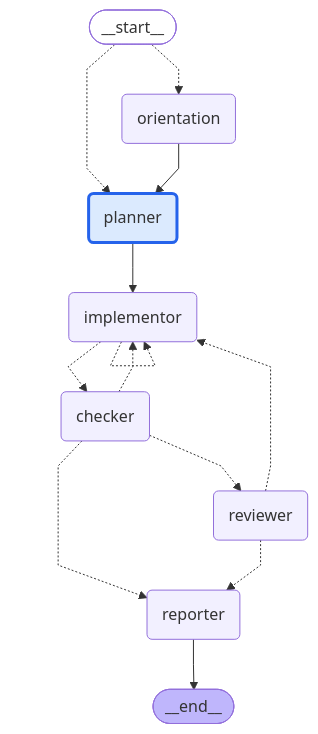
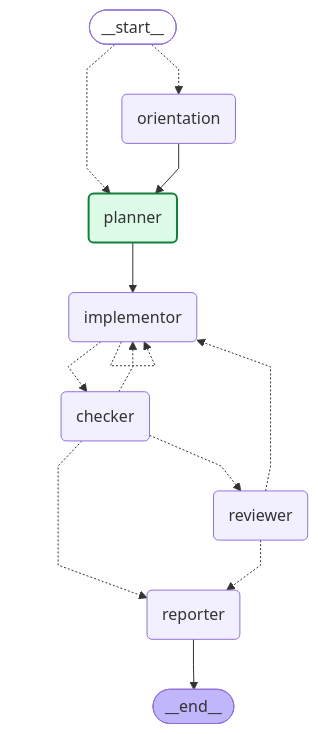
One commit to daniell0gda/hermes-feature-check-dashboard changed the diagram in runs/20260809-093247-e17260/graph.mmd. Above: the diagram before and after it, drawn with Mermaid. The commit also changed 11 other files, not shown here.

```diff
--- a/runs/20260809-093247-e17260/graph.mmd
+++ b/runs/20260809-093247-e17260/graph.mmd
@@ -1,34 +1,34 @@
 ---
 config:
   flowchart:
     curve: linear
 ---
 graph TD;
 	__start__([<p>__start__</p>]):::first
 	orientation(orientation)
 	planner(planner)
 	implementor(implementor)
 	checker(checker)
 	reviewer(reviewer)
 	reporter(reporter)
 	__end__([<p>__end__</p>]):::last
 	__start__ -.-> orientation;
 	__start__ -.-> planner;
 	checker -.-> implementor;
 	checker -.-> reporter;
 	checker -.-> reviewer;
 	implementor -.-> checker;
 	orientation --> planner;
 	planner --> implementor;
 	reviewer -.-> implementor;
 	reviewer -.-> reporter;
 	reporter --> __end__;
 	implementor -.-> implementor;
 	classDef default fill:#f2f0ff,line-height:1.2
 	classDef first fill-opacity:0
 	classDef last fill:#bfb6fc
 
 classDef done fill:#dcfce7,stroke:#15803d,stroke-width:2px;
 classDef active fill:#dbeafe,stroke:#2563eb,stroke-width:3px;
 classDef failed fill:#fee2e2,stroke:#b42318,stroke-width:2px;
-class planner active;
+class planner done;
```
